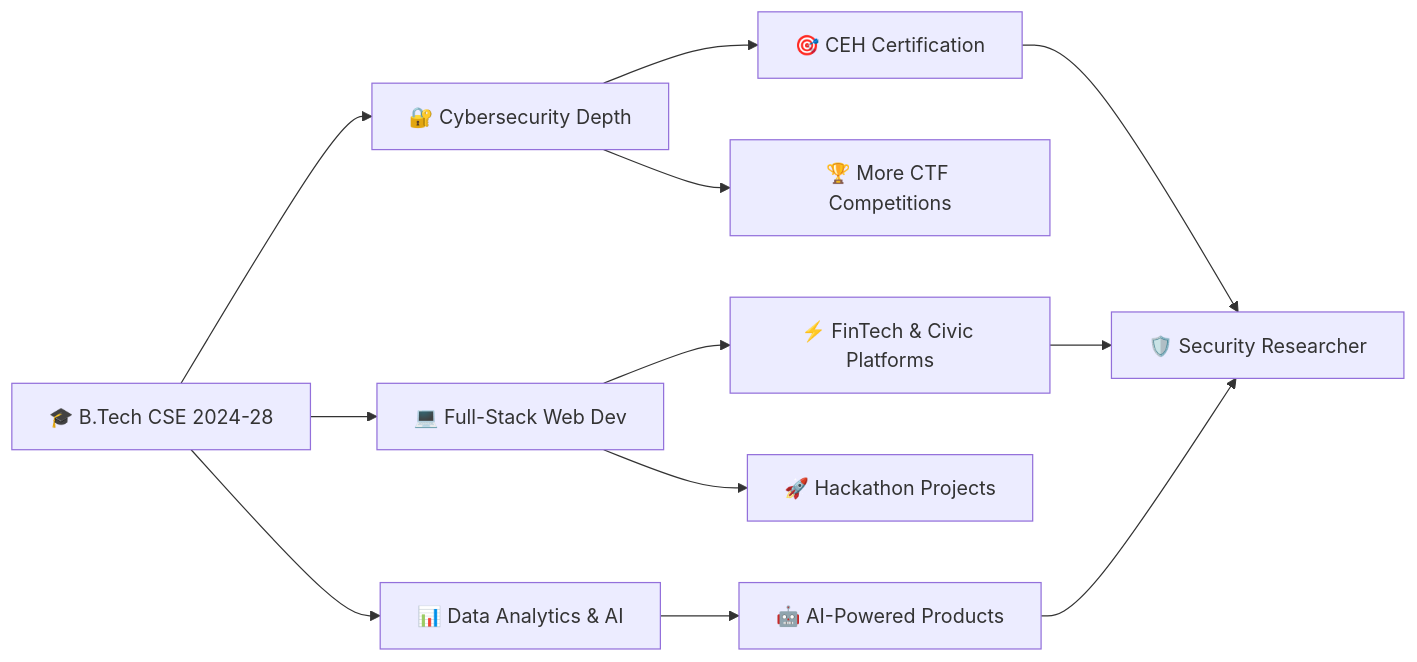
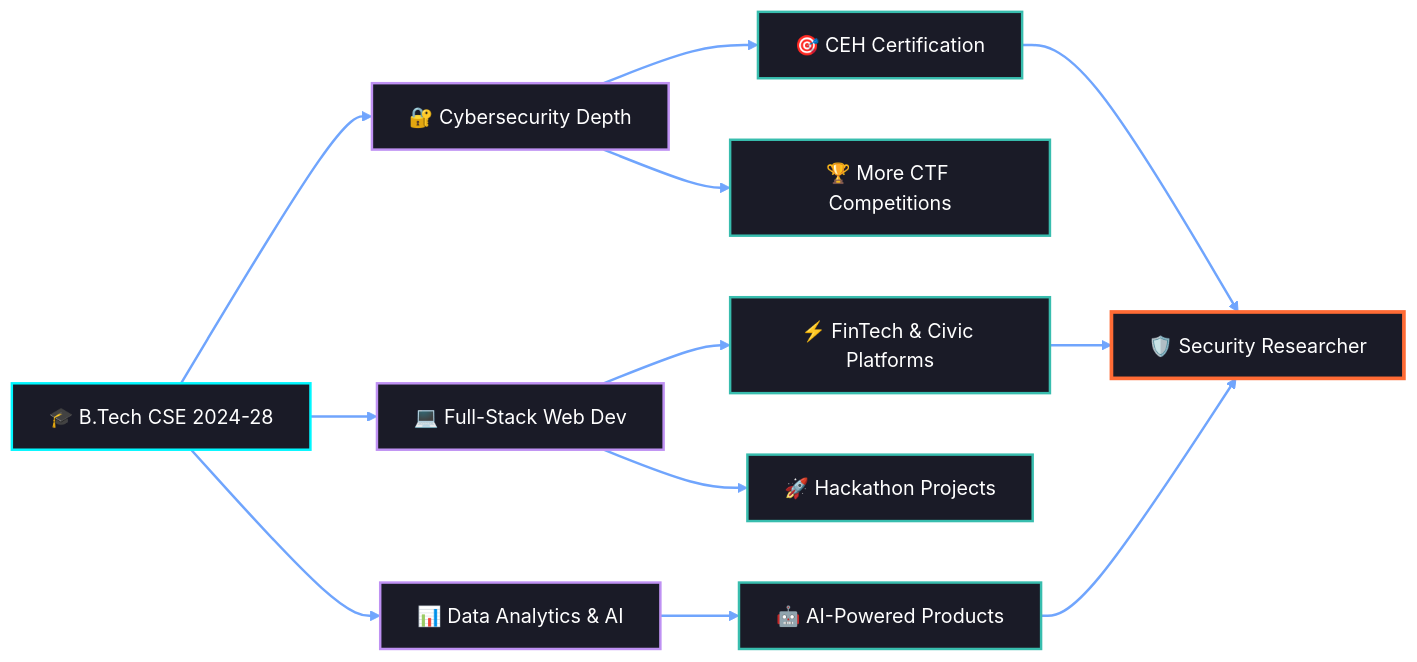
One commit to vinman2006/vinman2006 changed the diagram in README.md. Above: the diagram before and after it, drawn with Mermaid. The commit also changed other lines of this file, not shown here.

````diff
--- a/README.md
+++ b/README.md
@@ -281,14 +326,24 @@
 ```mermaid
 graph LR
     A["🎓 B.Tech CSE 2024-28"] --> B["🔐 Cybersecurity Depth"]
     A --> C["💻 Full-Stack Web Dev"]
     A --> D["📊 Data Analytics & AI"]
     B --> E["🎯 CEH Certification"]
     B --> F["🏆 More CTF Competitions"]
     C --> G["⚡ FinTech & Civic Platforms"]
     C --> H["🚀 Hackathon Projects"]
     D --> I["🤖 AI-Powered Products"]
     E --> J["🛡️ Security Researcher"]
     G --> J
     I --> J
+
+    classDef root fill:#1a1b27,stroke:#00F7FF,stroke-width:2px,color:#ffffff
+    classDef track fill:#1a1b27,stroke:#bf91f3,stroke-width:2px,color:#ffffff
+    classDef goal fill:#1a1b27,stroke:#38bdae,stroke-width:2px,color:#ffffff
+    classDef target fill:#1a1b27,stroke:#FF6B35,stroke-width:3px,color:#ffffff
+    class A root
+    class B,C,D track
+    class E,F,G,H,I goal
+    class J target
+    linkStyle default stroke:#70a5fd,stroke-width:2px
 ```
````
